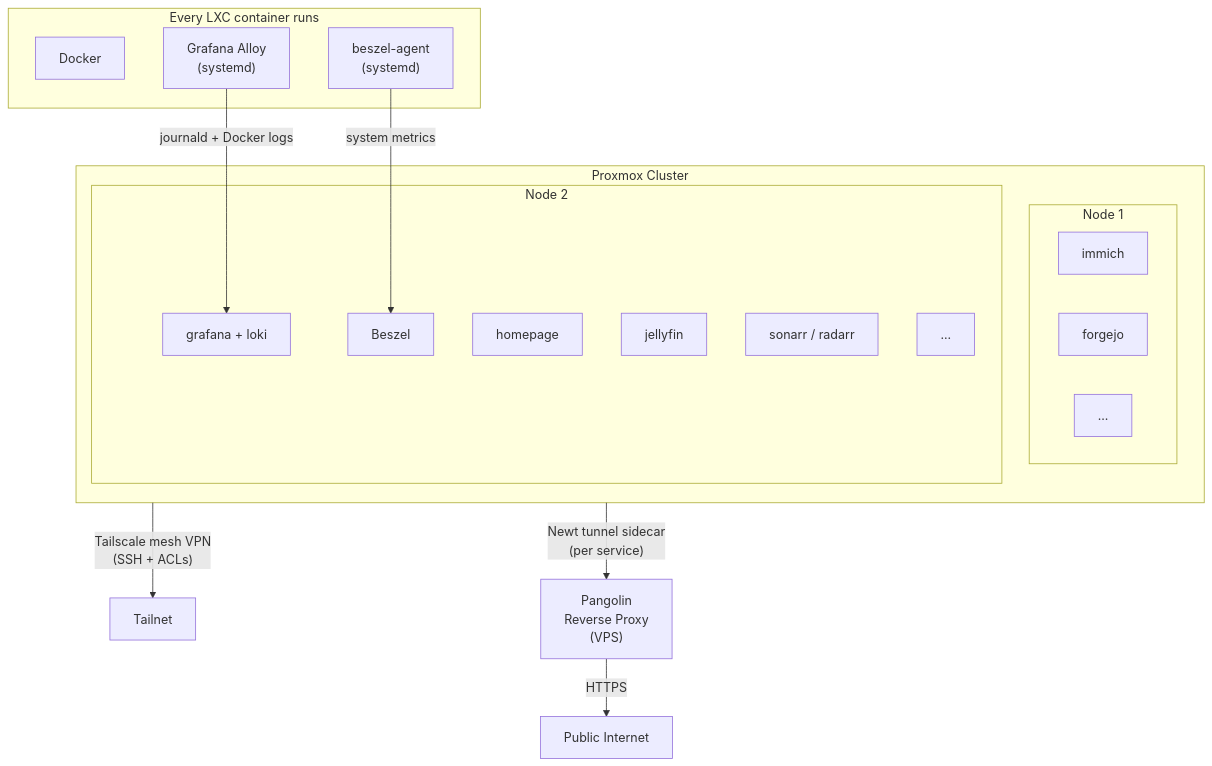
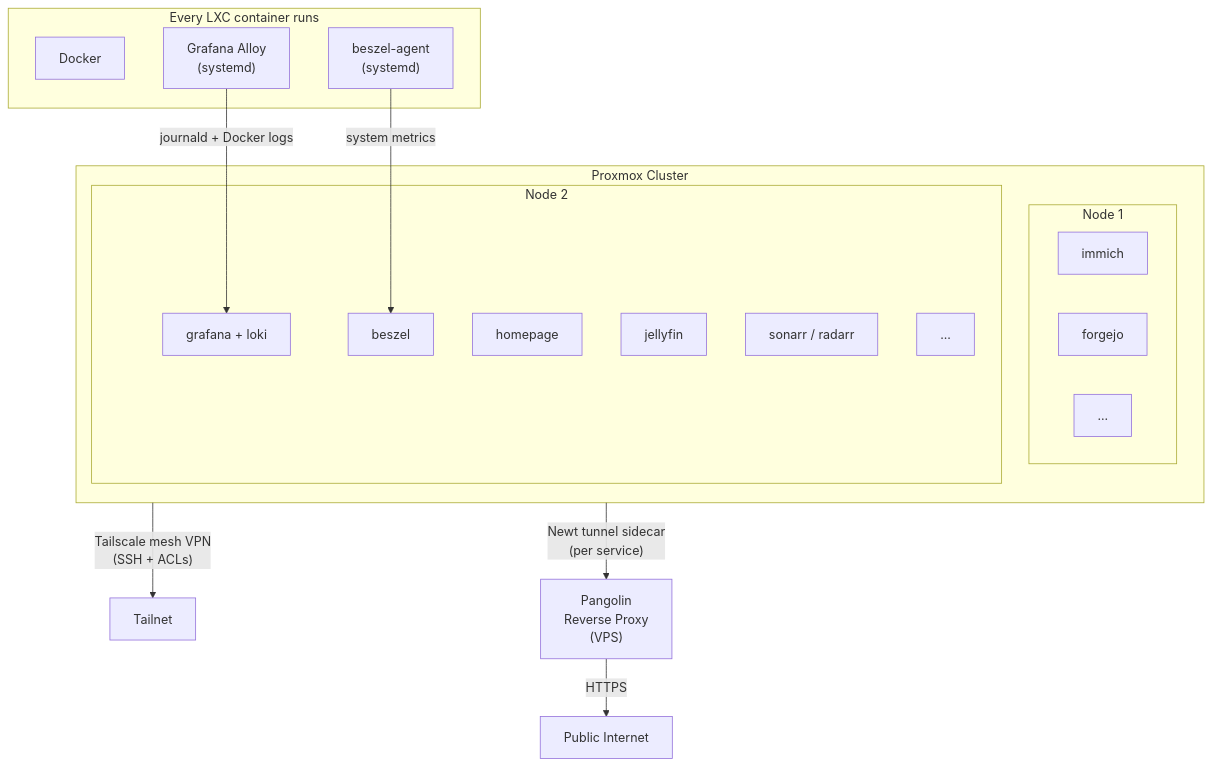
Before and after one commit to davegallant/homelab: the diagram in README.md, drawn with Mermaid.

Commit message:
docs(readme): place beszel inside proxmox cluster in diagram

````diff
--- a/README.md
+++ b/README.md
@@ -14,31 +14,31 @@
 ```mermaid
 graph TD
     subgraph Proxmox["Proxmox Cluster"]
         subgraph N1["Node 1"]
             immich["immich"]
             forgejo["forgejo"]
             n1etc["..."]
         end
         subgraph N2["Node 2"]
             grafana["grafana + loki"]
             beszel["beszel"]
             homepage["homepage"]
             jellyfin["jellyfin"]
             sonarr["sonarr / radarr"]
             n2etc["..."]
         end
     end
 
     Proxmox -->|"Tailscale mesh VPN\n(SSH + ACLs)"| ts["Tailnet"]
     Proxmox -->|"Newt tunnel sidecar\n(per service)"| pangolin["Pangolin\nReverse Proxy\n(VPS)"]
     pangolin -->|"HTTPS"| internet["Public Internet"]
 
     subgraph PerHost["Every LXC container runs"]
         docker["Docker"]
         alloy["Grafana Alloy\n(systemd)"]
         beszelagent["beszel-agent\n(systemd)"]
     end
 
     alloy -->|"journald + Docker logs"| grafana
-    beszelagent -->|"system metrics"| beszel["Beszel"]
+    beszelagent -->|"system metrics"| beszel
 ```
````
